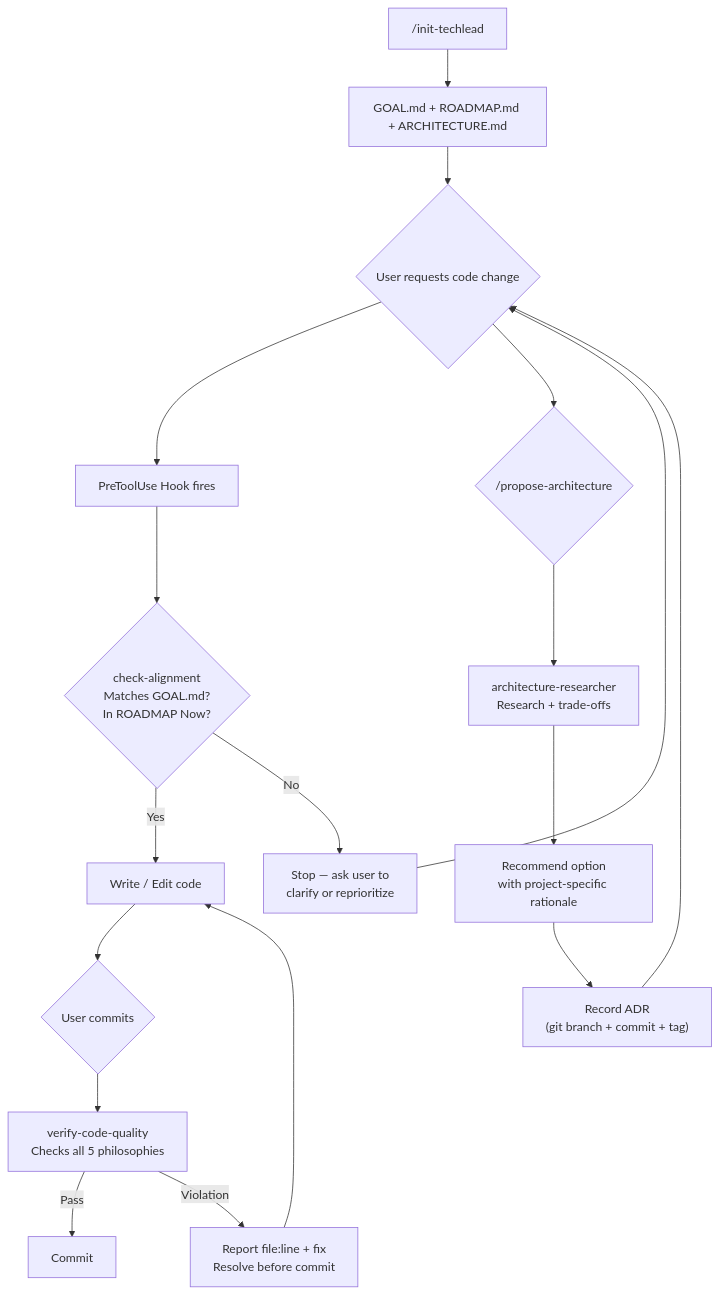
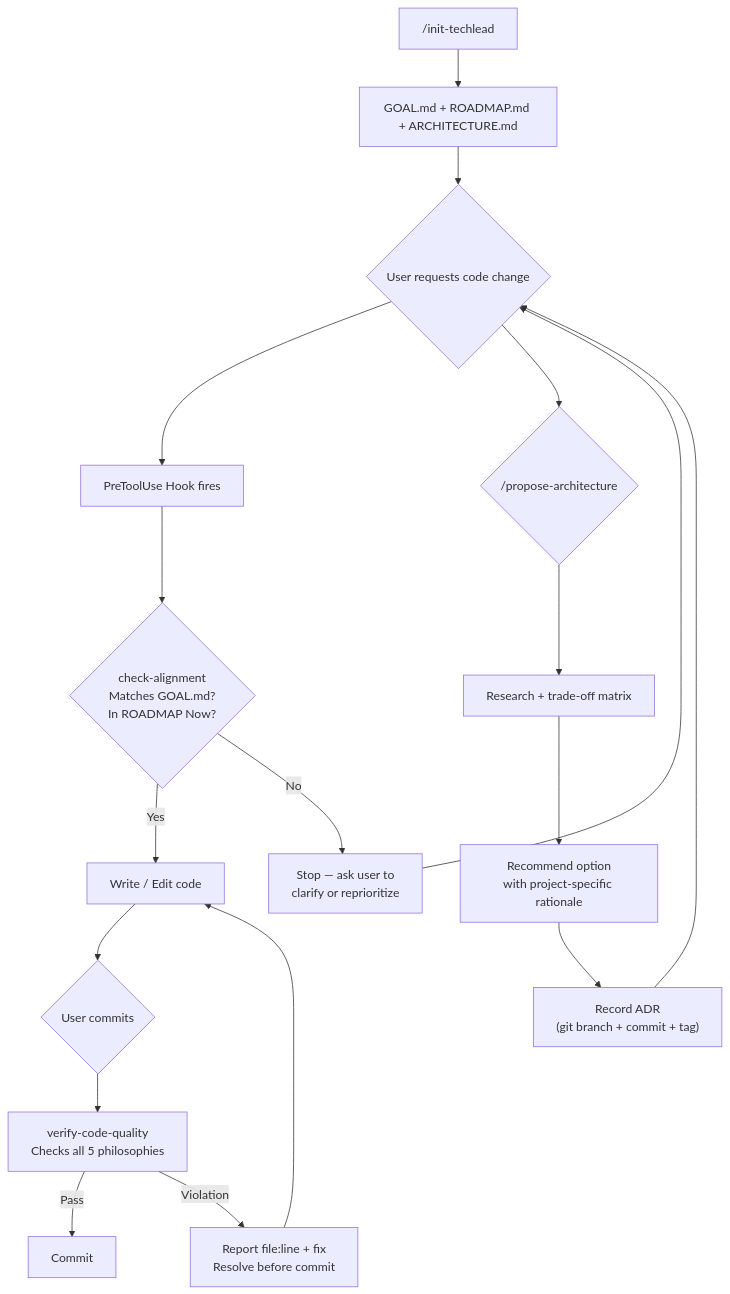
Before and after one commit to RRoundTable/techlead: the diagram in README.md, drawn with Mermaid. The commit also changed other lines of this file and 13 other files, not shown here.

First line of the commit message:
Unify commands as skills, merge architecture-researcher into propose-architecture

````diff
--- a/README.md
+++ b/README.md
@@ -82,24 +53,24 @@
 ```mermaid
 flowchart TD
     A["/init-techlead"] --> B["GOAL.md + ROADMAP.md + ARCHITECTURE.md"]
     B --> C{"User requests code change"}
 
     C --> D["PreToolUse Hook fires"]
     D --> E{"check-alignment\nMatches GOAL.md?\nIn ROADMAP Now?"}
 
     E -- Yes --> F["Write / Edit code"]
     E -- No --> G["Stop — ask user to\nclarify or reprioritize"]
     G --> C
 
     F --> H{"User commits"}
     H --> I["verify-code-quality\nChecks all 5 philosophies"]
     I -- Pass --> J["Commit"]
     I -- Violation --> K["Report file:line + fix\nResolve before commit"]
     K --> F
 
     C --> L{"/propose-architecture"}
-    L --> M["architecture-researcher\nResearch + trade-offs"]
+    L --> M["Research + trade-off matrix"]
     M --> N["Recommend option\nwith project-specific rationale"]
     N --> O["Record ADR\n(git branch + commit + tag)"]
     O --> C
 ```
````
